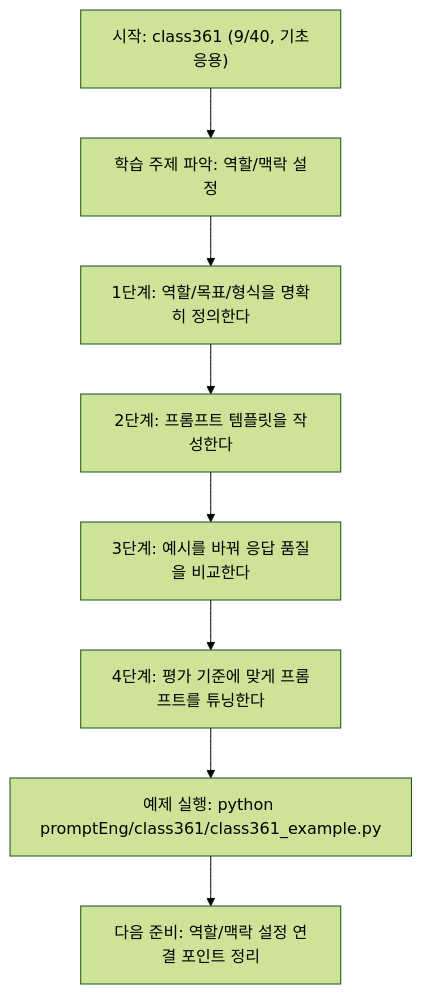
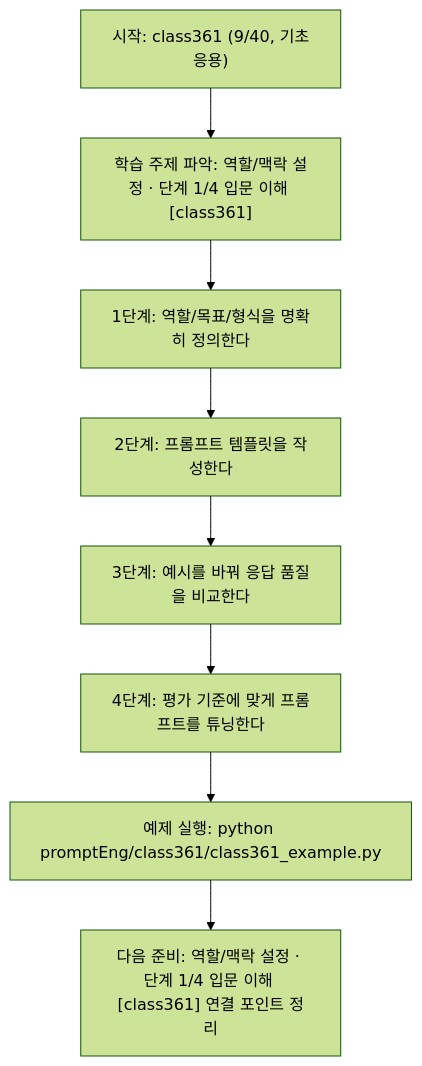
The diagram in promptEng/class361/class361.md (edumgt/Python-AI_Agent-Class), drawn with Mermaid (forest theme) before and after one commit. The commit also changed other lines of this file and 522 other files, not shown here.

````diff
--- a/promptEng/class361/class361.md
+++ b/promptEng/class361/class361.md
@@ -109,18 +110,18 @@
 ```mermaid
 flowchart TD
 N1["시작: class361 (9/40, 기초응용)"]
-N2["학습 주제 파악: 역할/맥락 설정"]
+N2["학습 주제 파악: 역할/맥락 설정 · 단계 1/4 입문 이해 [class361]"]
 N3["1단계: 역할/목표/형식을 명확히 정의한다"]
 N4["2단계: 프롬프트 템플릿을 작성한다"]
 N5["3단계: 예시를 바꿔 응답 품질을 비교한다"]
 N6["4단계: 평가 기준에 맞게 프롬프트를 튜닝한다"]
 N7["예제 실행: python promptEng/class361/class361_example.py"]
-N8["다음 준비: 역할/맥락 설정 연결 포인트 정리"]
+N8["다음 준비: 역할/맥락 설정 · 단계 1/4 입문 이해 [class361] 연결 포인트 정리"]
 N1 --> N2
 N2 --> N3
 N3 --> N4
 N4 --> N5
 N5 --> N6
 N6 --> N7
 N7 --> N8
 ```
````
